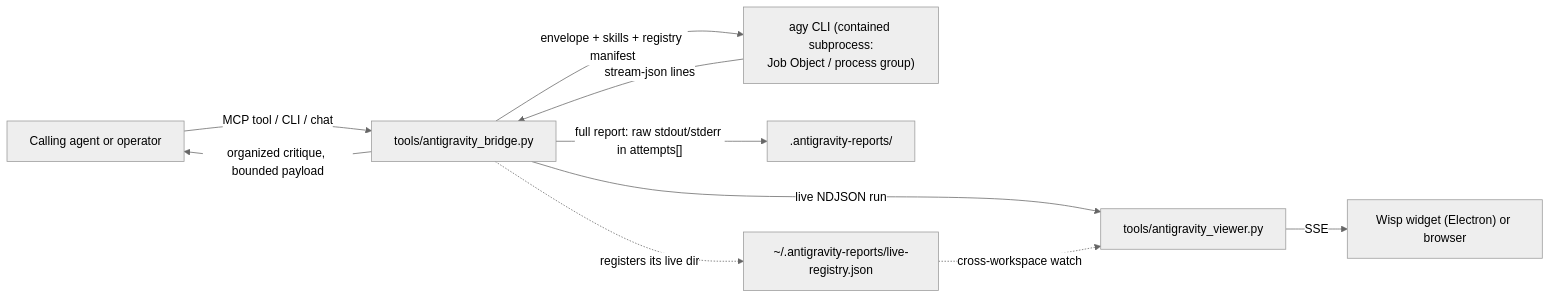
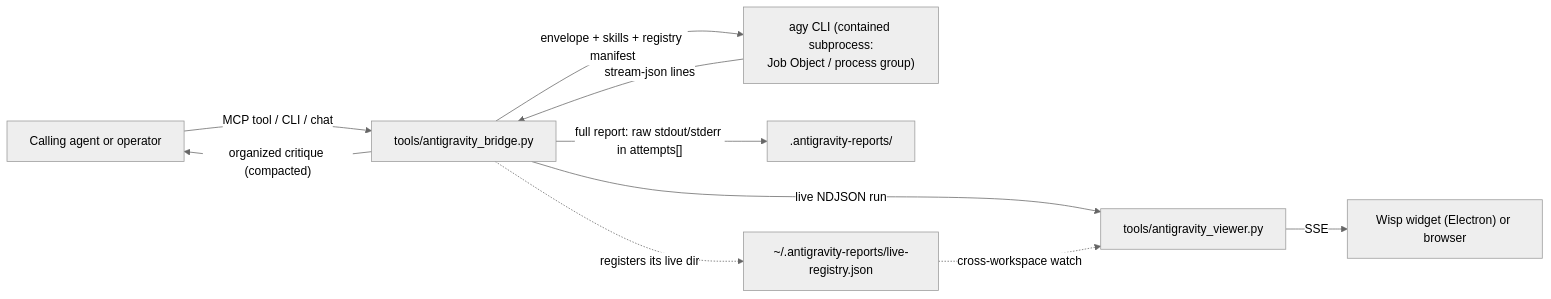
One commit to harlixay7/Wisp changed the diagram in README.md. Above: the diagram before and after it, drawn with Mermaid (neutral theme). The commit also changed other lines of this file and 37 other files, not shown here.

````diff
--- a/README.md
+++ b/README.md
@@ -15,12 +15,12 @@
 ```mermaid
 flowchart LR
     A[Calling agent or operator] -->|"MCP tool / CLI / chat"| B[tools/antigravity_bridge.py]
     B -->|"envelope + skills + registry manifest"| C["agy CLI (contained subprocess:<br/>Job Object / process group)"]
     C -->|"stream-json lines"| B
-    B -->|"organized critique, bounded payload"| A
+    B -->|"organized critique (compacted)"| A
     B -->|"full report: raw stdout/stderr in attempts[]"| D[".antigravity-reports/"]
     B -->|"live NDJSON run"| E[tools/antigravity_viewer.py]
     E -->|SSE| F["Wisp widget (Electron) or browser"]
     B -.->|"registers its live dir"| G["~/.antigravity-reports/live-registry.json"]
     G -.->|"cross-workspace watch"| E
 ```
````
